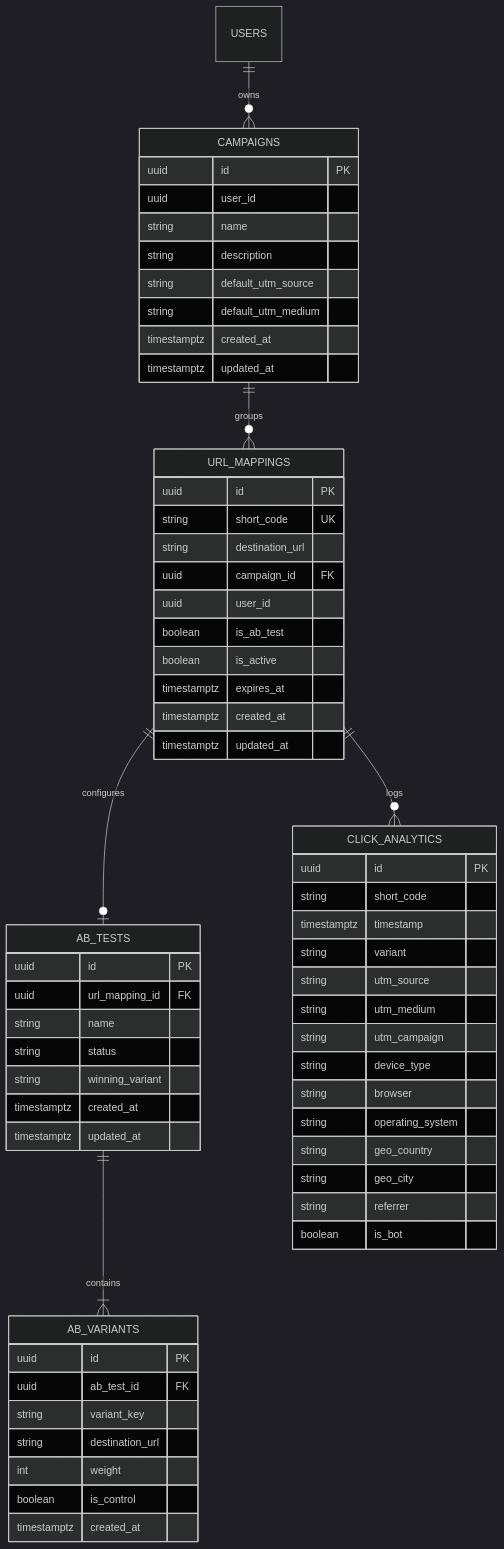
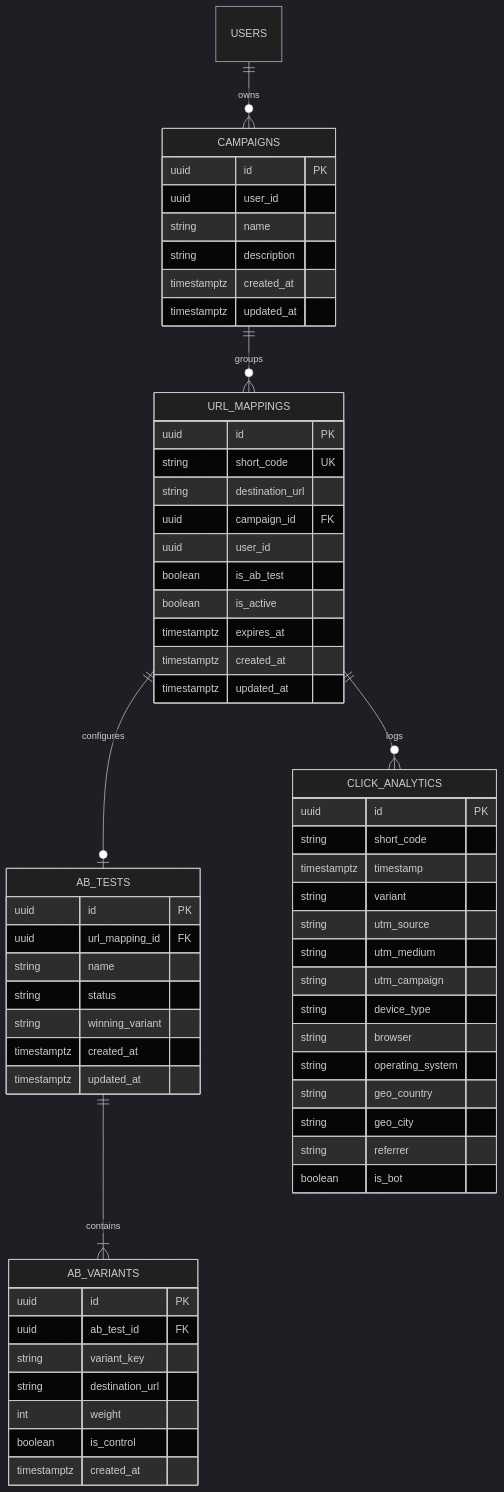
Before and after one commit to TheFastest599/url-shortener: the second of 3 diagrams in docs/smart_routing_campaigns_and_ab_testing_master_guide.md, drawn with Mermaid (dark theme). The commit also changed other lines of this file and 4 other files, not shown here.

````diff
--- a/docs/smart_routing_campaigns_and_ab_testing_master_guide.md
+++ b/docs/smart_routing_campaigns_and_ab_testing_master_guide.md
@@ -73,69 +73,67 @@
 ```mermaid
 erDiagram
     USERS ||--o{ CAMPAIGNS : owns
     CAMPAIGNS ||--o{ URL_MAPPINGS : groups
     URL_MAPPINGS ||--o| AB_TESTS : configures
     AB_TESTS ||--|{ AB_VARIANTS : contains
     URL_MAPPINGS ||--o{ CLICK_ANALYTICS : logs
 
     CAMPAIGNS {
         uuid id PK
         uuid user_id
         string name
         string description
-        string default_utm_source
-        string default_utm_medium
         timestamptz created_at
         timestamptz updated_at
     }
 
     URL_MAPPINGS {
         uuid id PK
         string short_code UK
         string destination_url
         uuid campaign_id FK
         uuid user_id
         boolean is_ab_test
         boolean is_active
         timestamptz expires_at
         timestamptz created_at
         timestamptz updated_at
     }
 
     AB_TESTS {
         uuid id PK
         uuid url_mapping_id FK
         string name
         string status
         string winning_variant
         timestamptz created_at
         timestamptz updated_at
     }
 
     AB_VARIANTS {
         uuid id PK
         uuid ab_test_id FK
         string variant_key
         string destination_url
         int weight
         boolean is_control
         timestamptz created_at
     }
 
     CLICK_ANALYTICS {
         uuid id PK
         string short_code
         timestamptz timestamp
         string variant
         string utm_source
         string utm_medium
         string utm_campaign
         string device_type
         string browser
         string operating_system
         string geo_country
         string geo_city
         string referrer
         boolean is_bot
     }
 ```
````
